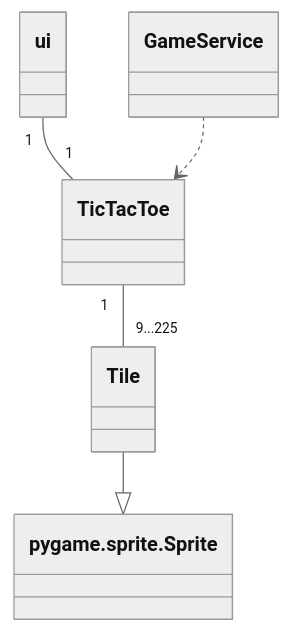
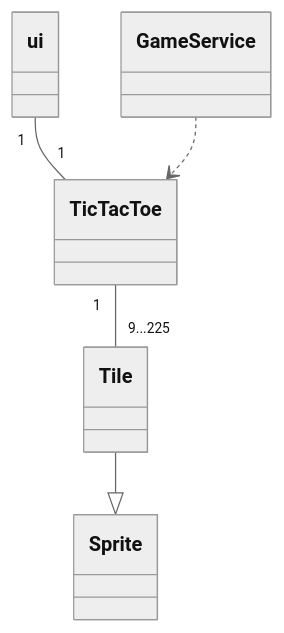
Before and after one commit to jannelem/ot-harjoitustyo-jannelem: the diagram in dokumentaatio/arkkitehtuuri.md, drawn with Mermaid (neutral theme).

````diff
--- a/dokumentaatio/arkkitehtuuri.md
+++ b/dokumentaatio/arkkitehtuuri.md
@@ -1,7 +1,7 @@
 ```mermaid
 classDiagram
   TicTacToe "1" -- "9...225" Tile
   ui "1" -- "1" TicTacToe
-  Tile --|> pygame.sprite.Sprite
+  Tile --|> Sprite
   GameService ..> TicTacToe
 ```
````
